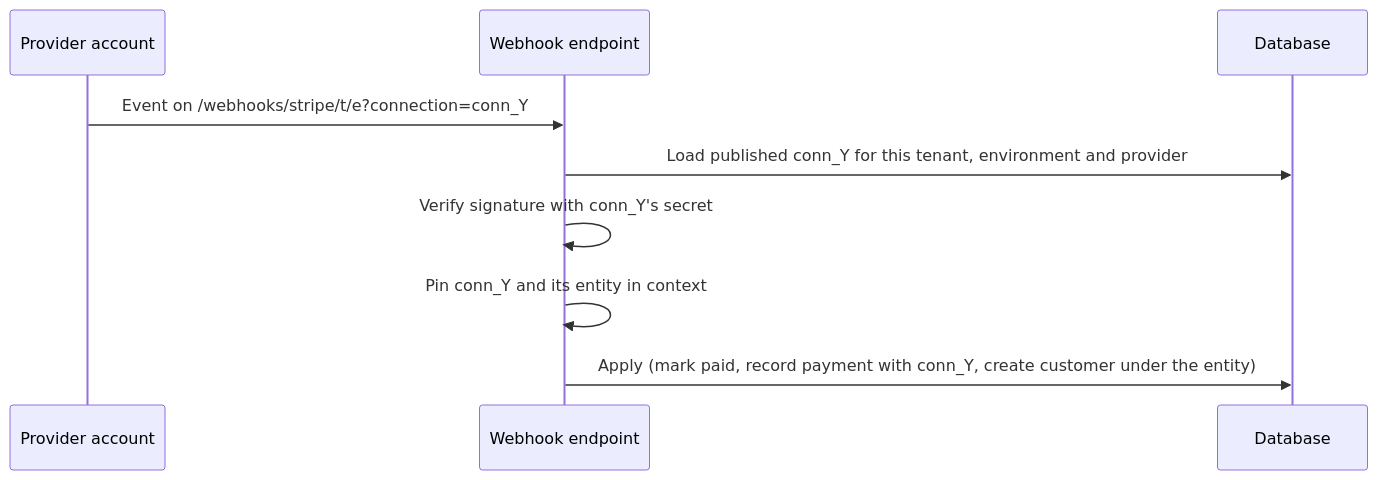
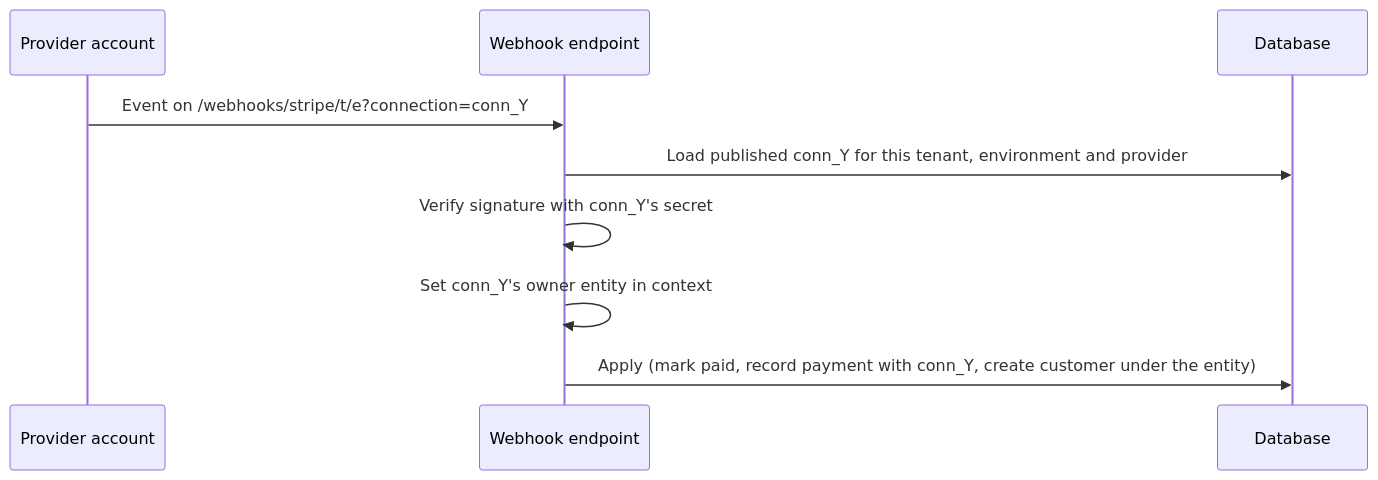
Before and after one commit to flexprice/flexprice: the fifth of 5 diagrams in docs/design/2026-10-28-billing-entities-p2-erd.md, drawn with Mermaid. The commit also changed other lines of this file and 22 other files, not shown here.

````diff
--- a/docs/design/2026-10-28-billing-entities-p2-erd.md
+++ b/docs/design/2026-10-28-billing-entities-p2-erd.md
@@ -332,11 +331,11 @@
 ```mermaid
 sequenceDiagram
   participant P as Provider account
   participant API as Webhook endpoint
   participant DB as Database
   P->>API: Event on /webhooks/stripe/t/e?connection=conn_Y
   API->>DB: Load published conn_Y for this tenant, environment and provider
   API->>API: Verify signature with conn_Y's secret
-  API->>API: Pin conn_Y and its entity in context
+  API->>API: Set conn_Y's owner entity in context
   API->>DB: Apply (mark paid, record payment with conn_Y, create customer under the entity)
 ```
````
